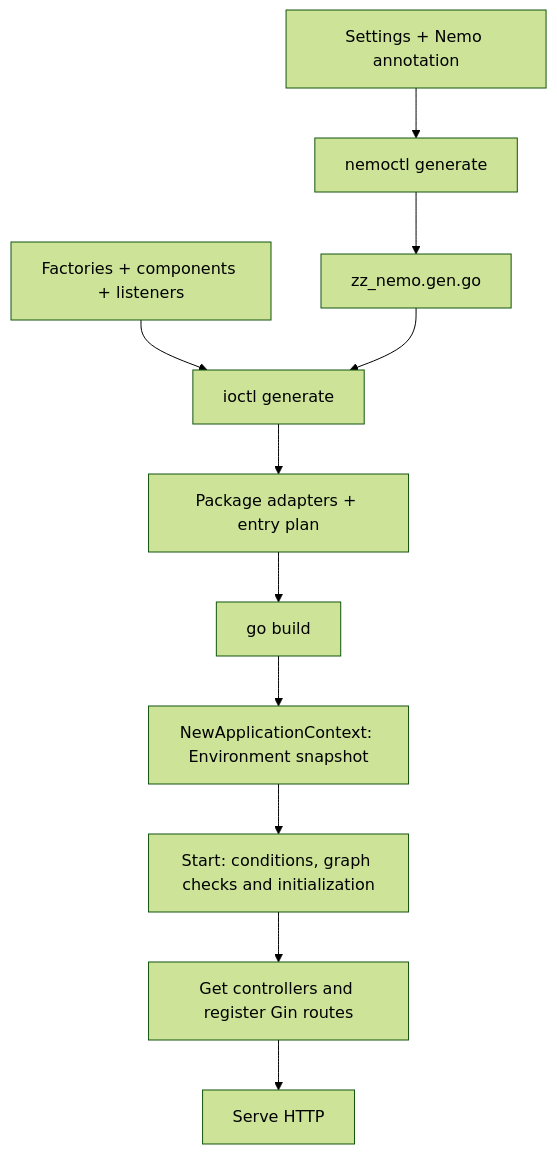
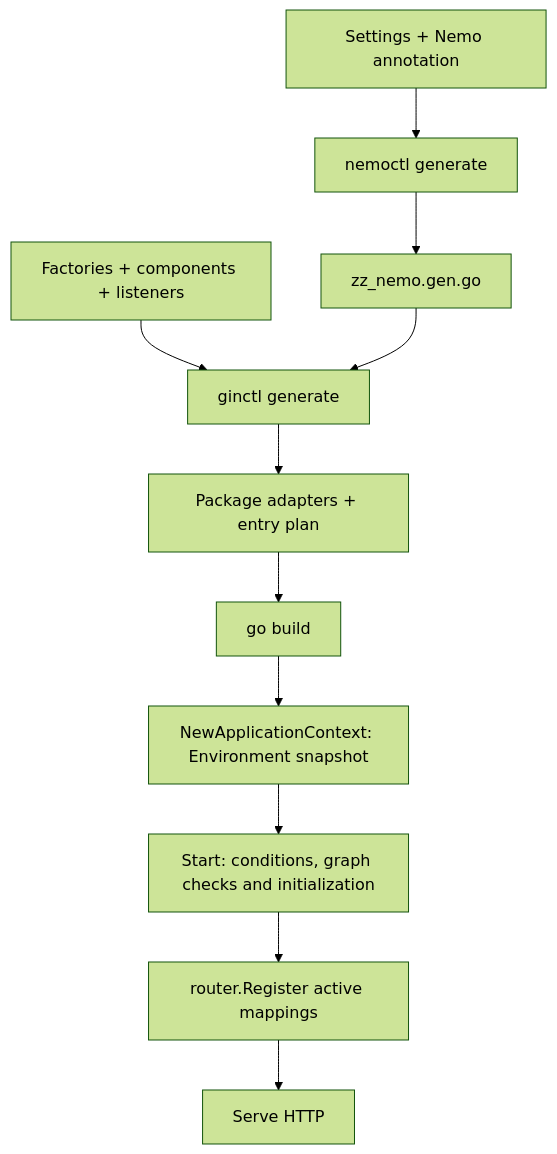
The first of 2 diagrams in examples/coffee/docs/integration.md (longxi-go/ioc), drawn with Mermaid (forest theme) before and after one commit. The commit also changed other lines of this file and 150 other files, not shown here.

````diff
--- a/examples/coffee/docs/integration.md
+++ b/examples/coffee/docs/integration.md
@@ -11,13 +11,13 @@
 ```mermaid
 flowchart TD
     Config[Settings + Nemo annotation] --> NemoCLI[nemoctl generate]
     NemoCLI --> Binding[zz_nemo.gen.go]
-    Beans[Factories + components + listeners] --> IoCCLI[ioctl generate]
+    Beans[Factories + components + listeners] --> IoCCLI[ginctl generate]
     Binding --> IoCCLI
     IoCCLI --> Adapters[Package adapters + entry plan]
     Adapters --> Build[go build]
     Build --> Bootstrap["NewApplicationContext: Environment snapshot"]
     Bootstrap --> Start["Start: conditions, graph checks and initialization"]
-    Start --> Routes[Get controllers and register Gin routes]
+    Start --> Routes[router.Register active mappings]
     Routes --> HTTP[Serve HTTP]
 ```
````
